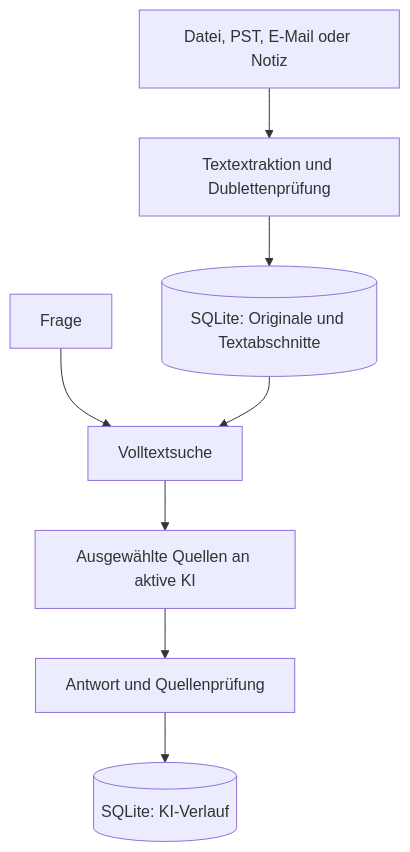
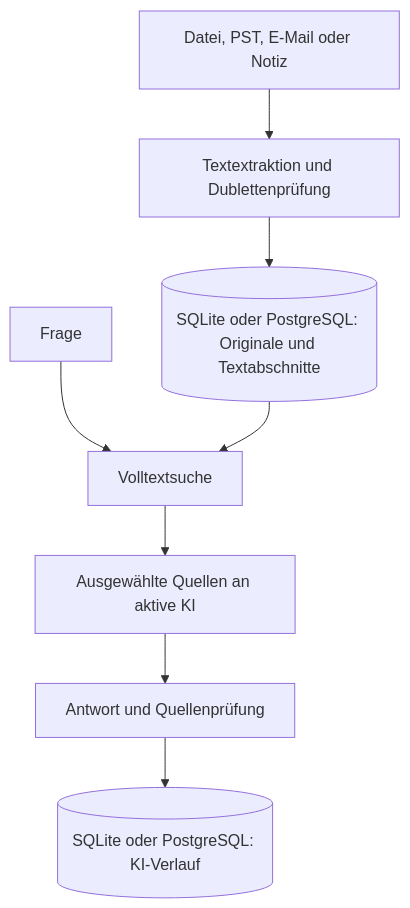
Before and after one commit to Melchy1971/Wissensraum-AI: the diagram in README.md, drawn with Mermaid. The commit also changed other lines of this file and 27 other files, not shown here.

````diff
--- a/README.md
+++ b/README.md
@@ -62,10 +76,10 @@
 ```mermaid
 flowchart TD
     A[Datei, PST, E-Mail oder Notiz] --> B[Textextraktion und Dublettenprüfung]
-    B --> C[(SQLite: Originale und Textabschnitte)]
+    B --> C[(SQLite oder PostgreSQL: Originale und Textabschnitte)]
     D[Frage] --> E[Volltextsuche]
     C --> E
     E --> F[Ausgewählte Quellen an aktive KI]
     F --> G[Antwort und Quellenprüfung]
-    G --> H[(SQLite: KI-Verlauf)]
+    G --> H[(SQLite oder PostgreSQL: KI-Verlauf)]
 ```
````
